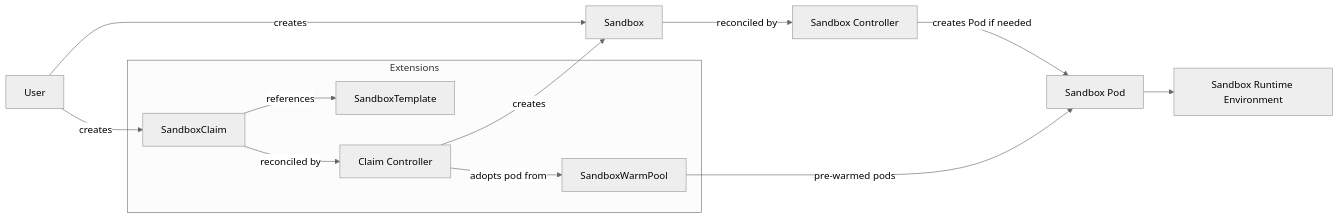
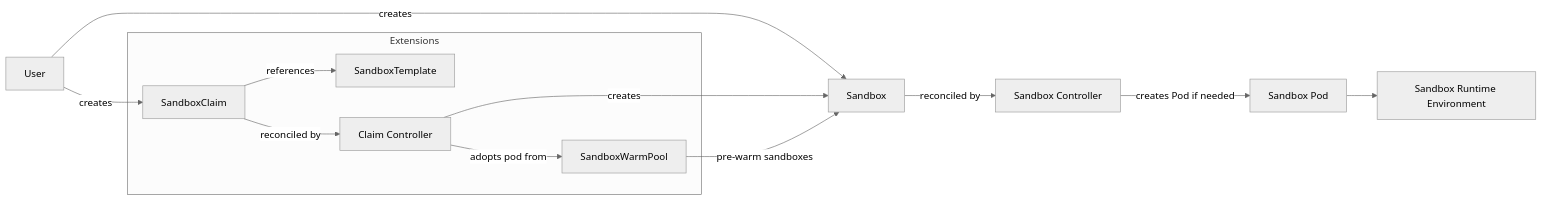
Before and after one commit to kubernetes-sigs/agent-sandbox: the diagram in README.md, drawn with Mermaid (neutral theme).

Commit message:
Update diagram for new Warmpool->Sandbox mapping

````diff
--- a/README.md
+++ b/README.md
@@ -46,44 +46,44 @@
 ```mermaid
 flowchart LR
 
     User[User]
 
     Claim[SandboxClaim]
     Template[SandboxTemplate]
     Sandbox[Sandbox]
 
     ClaimController[Claim Controller]
     Controller[Sandbox Controller]
 
     Pod[Sandbox Pod]
     Runtime[Sandbox Runtime Environment]
 
     WarmPool[SandboxWarmPool]
 
     subgraph Extensions[Extensions]
       Claim
       Template
       ClaimController
       WarmPool
     end
 
     %% User paths
     User -->|creates| Sandbox
     User -->|creates| Claim
 
     %% Claim workflow
     Claim -->|references| Template
     Claim -->|reconciled by| ClaimController
     ClaimController -->|creates| Sandbox
 
     %% Pod handling
     ClaimController -->|adopts pod from| WarmPool
     Sandbox -->|reconciled by| Controller
     Controller -->|creates Pod if needed| Pod
 
     %% Runtime
     Pod --> Runtime
 
     %% Warm pool
-    WarmPool -->|pre-warmed pods| Pod
+    WarmPool -->|pre-warm sandboxes| Sandbox
 ```
````
